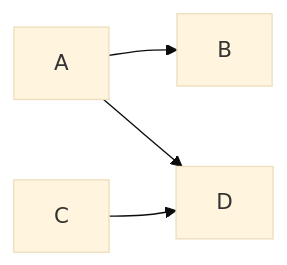
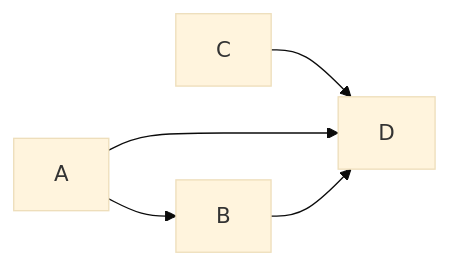
Before and after one commit to Alex-Rafter/wiki: the diagram in daily/2023-04-23.md, drawn with Mermaid (base theme).

````diff
--- a/daily/2023-04-23.md
+++ b/daily/2023-04-23.md
@@ -5,7 +5,7 @@
 ```mermaid
 graph LR;
     A-->B;
     C-->D;
     A-->D;
-
+    B-->D;
 ```
````
